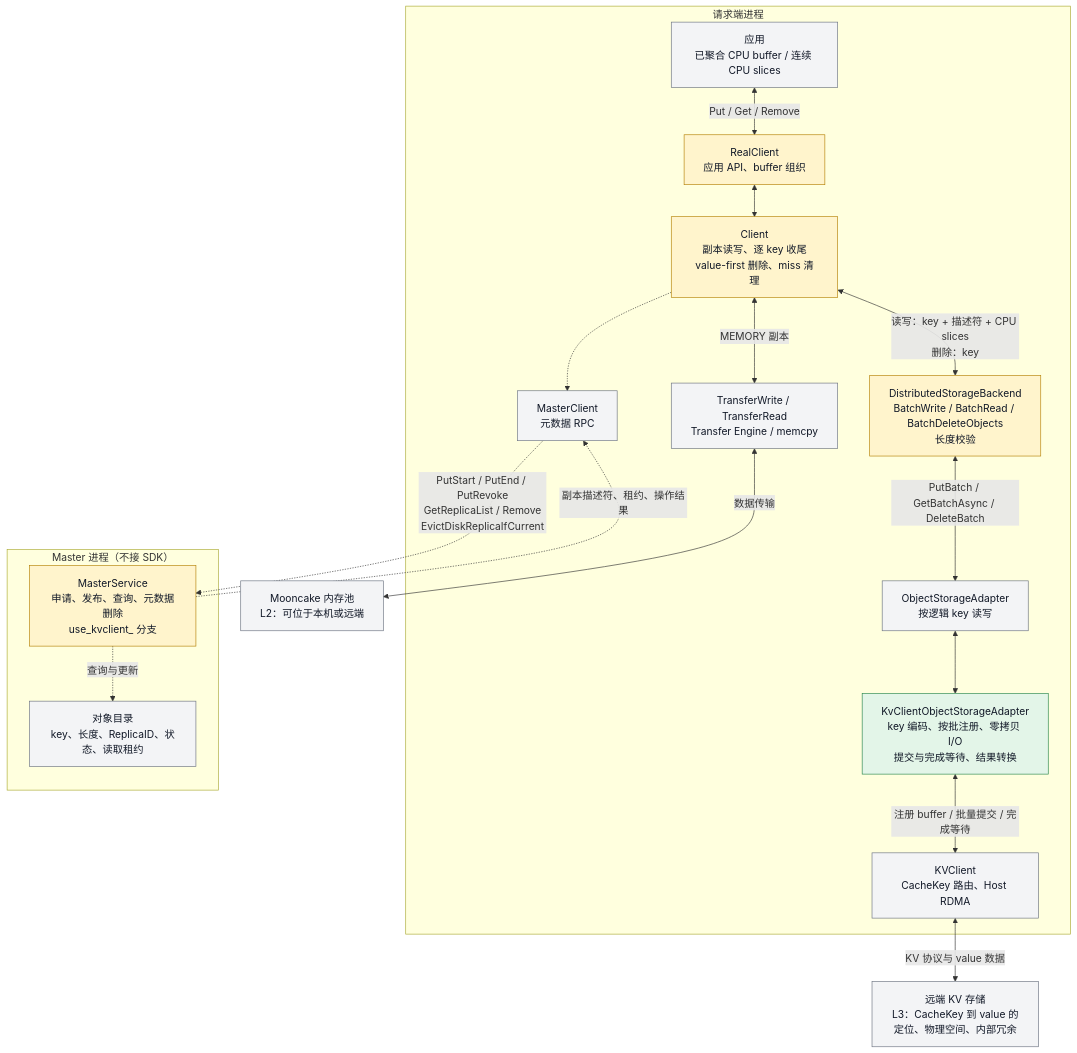
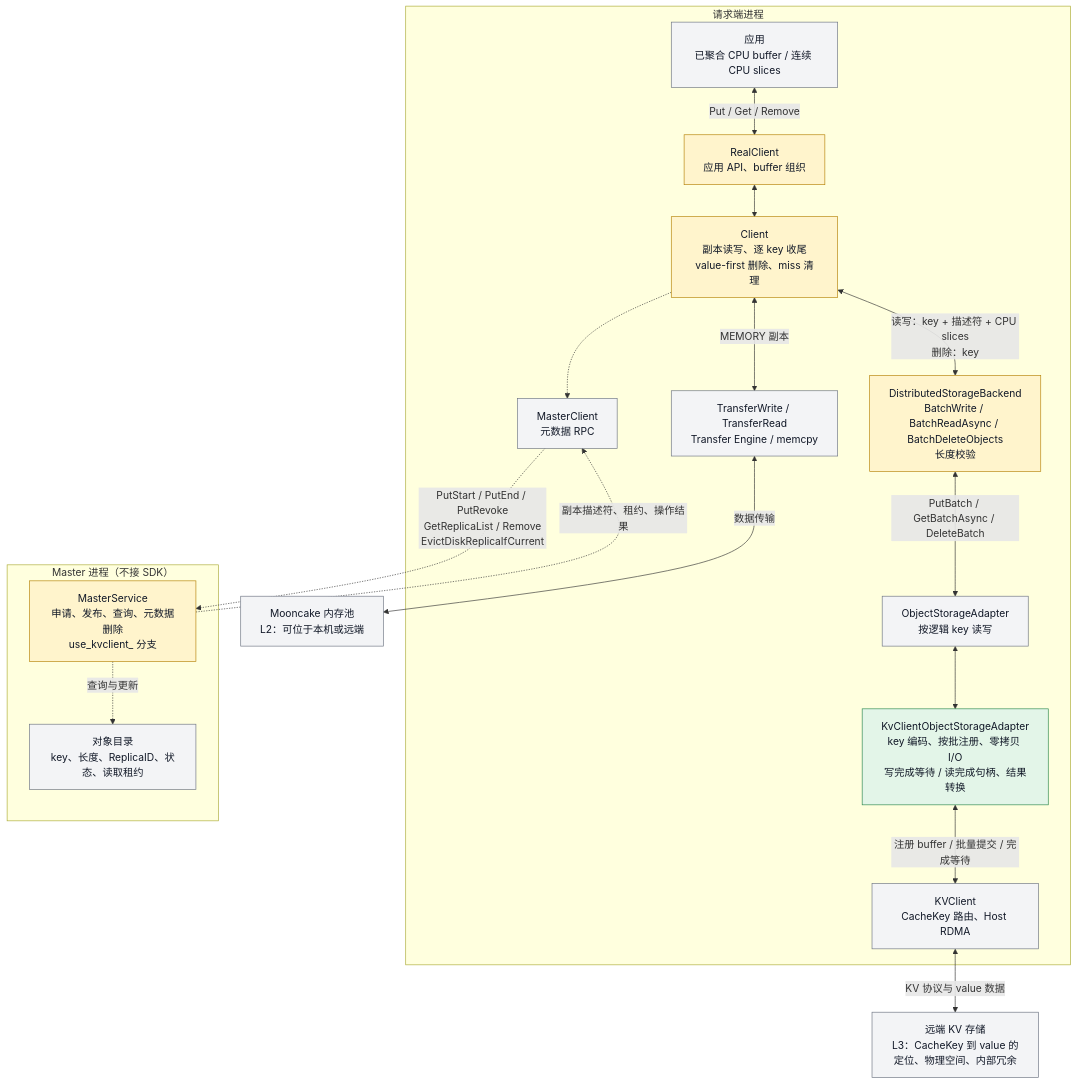
Before and after one commit to zwj20000328-dotcom/Mooncake-documents: the first of 13 diagrams in Mooncake + KVClient L3 接入（Kvcs）- v3.md, drawn with Mermaid. The commit also changed other lines of this file, not shown here.

````diff
--- a/Mooncake + KVClient L3 接入（Kvcs）- v3.md
+++ b/Mooncake + KVClient L3 接入（Kvcs）- v3.md
@@ -71,45 +71,45 @@
 ```mermaid
 flowchart TB
     subgraph Request["请求端进程"]
         A["应用<br/>已聚合 CPU buffer / 连续 CPU slices"]
         R["RealClient<br/>应用 API、buffer 组织"]
         C["Client<br/>副本读写、逐 key 收尾<br/>value-first 删除、miss 清理"]
         RPC["MasterClient<br/>元数据 RPC"]
         TE["TransferWrite / TransferRead<br/>Transfer Engine / memcpy"]
-        B["DistributedStorageBackend<br/>BatchWrite / BatchRead / BatchDeleteObjects<br/>长度校验"]
+        B["DistributedStorageBackend<br/>BatchWrite / BatchReadAsync / BatchDeleteObjects<br/>长度校验"]
         O["ObjectStorageAdapter<br/>按逻辑 key 读写"]
-        K["KvClientObjectStorageAdapter<br/>key 编码、按批注册、零拷贝 I/O<br/>提交与完成等待、结果转换"]
+        K["KvClientObjectStorageAdapter<br/>key 编码、按批注册、零拷贝 I/O<br/>写完成等待 / 读完成句柄、结果转换"]
         SDK["KVClient<br/>CacheKey 路由、Host RDMA"]
 
         A <-->|"Put / Get / Remove"| R
         R <--> C
         C -.-> RPC
         C <-->|"MEMORY 副本"| TE
         C <-->|"读写：key + 描述符 + CPU slices<br/>删除：key"| B
         B <-->|"PutBatch / GetBatchAsync / DeleteBatch"| O
         O <--> K
         K <-->|"注册 buffer / 批量提交 / 完成等待"| SDK
     end
 
     subgraph Master["Master 进程（不接 SDK）"]
         M["MasterService<br/>申请、发布、查询、元数据删除<br/>use_kvclient_ 分支"]
         META["对象目录<br/>key、长度、ReplicaID、状态、读取租约"]
 
         M -.->|"查询与更新"| META
     end
 
     RAM["Mooncake 内存池<br/>L2：可位于本机或远端"]
     S["远端 KV 存储<br/>L3：CacheKey 到 value 的定位、物理空间、内部冗余"]
 
     RPC -.->|"PutStart / PutEnd / PutRevoke<br/>GetReplicaList / Remove<br/>EvictDiskReplicaIfCurrent"| M
     M -.->|"副本描述符、租约、操作结果"| RPC
     TE <-->|"数据传输"| RAM
     SDK <-->|"KV 协议与 value 数据"| S
 
     classDef existing fill:#f3f4f6,stroke:#6b7280,color:#111827;
     classDef changed fill:#fff4cc,stroke:#b58105,color:#111827;
     classDef added fill:#e3f5e8,stroke:#28864b,color:#111827;
     class A,RPC,TE,O,META,RAM,S,SDK existing;
     class R,C,B,M changed;
     class K added;
 ```
````
